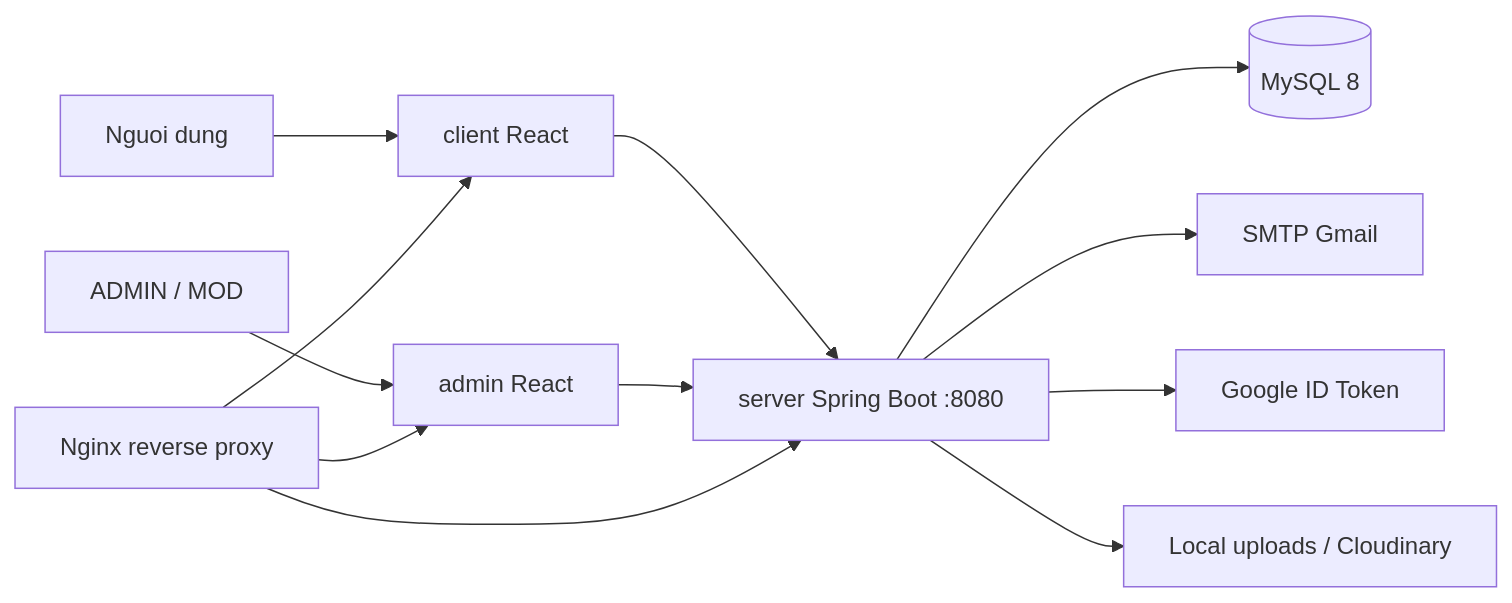
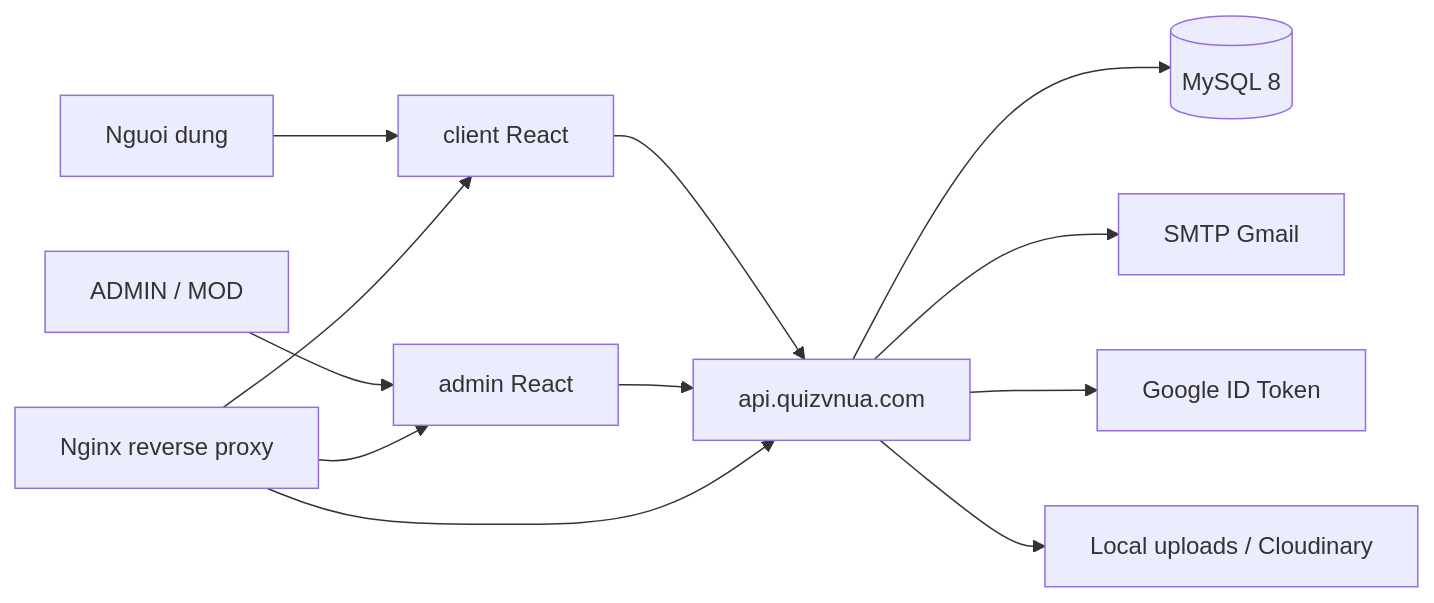
One commit to daidoan1608/quiz changed the diagram in README.md. Above: the diagram before and after it, drawn with Mermaid. The commit also changed other lines of this file and 52 other files, not shown here.

````diff
--- a/README.md
+++ b/README.md
@@ -13,14 +13,14 @@
 ```mermaid
 flowchart LR
     User["Nguoi dung"] --> Client["client React"]
     AdminUser["ADMIN / MOD"] --> Admin["admin React"]
-    Client --> API["server Spring Boot :8080"]
+    Client --> API["api.quizvnua.com"]
     Admin --> API
     API --> DB[("MySQL 8")]
     API --> Mail["SMTP Gmail"]
     API --> Google["Google ID Token"]
     API --> Storage["Local uploads / Cloudinary"]
     Nginx["Nginx reverse proxy"] --> Client
     Nginx --> Admin
     Nginx --> API
 ```
````
